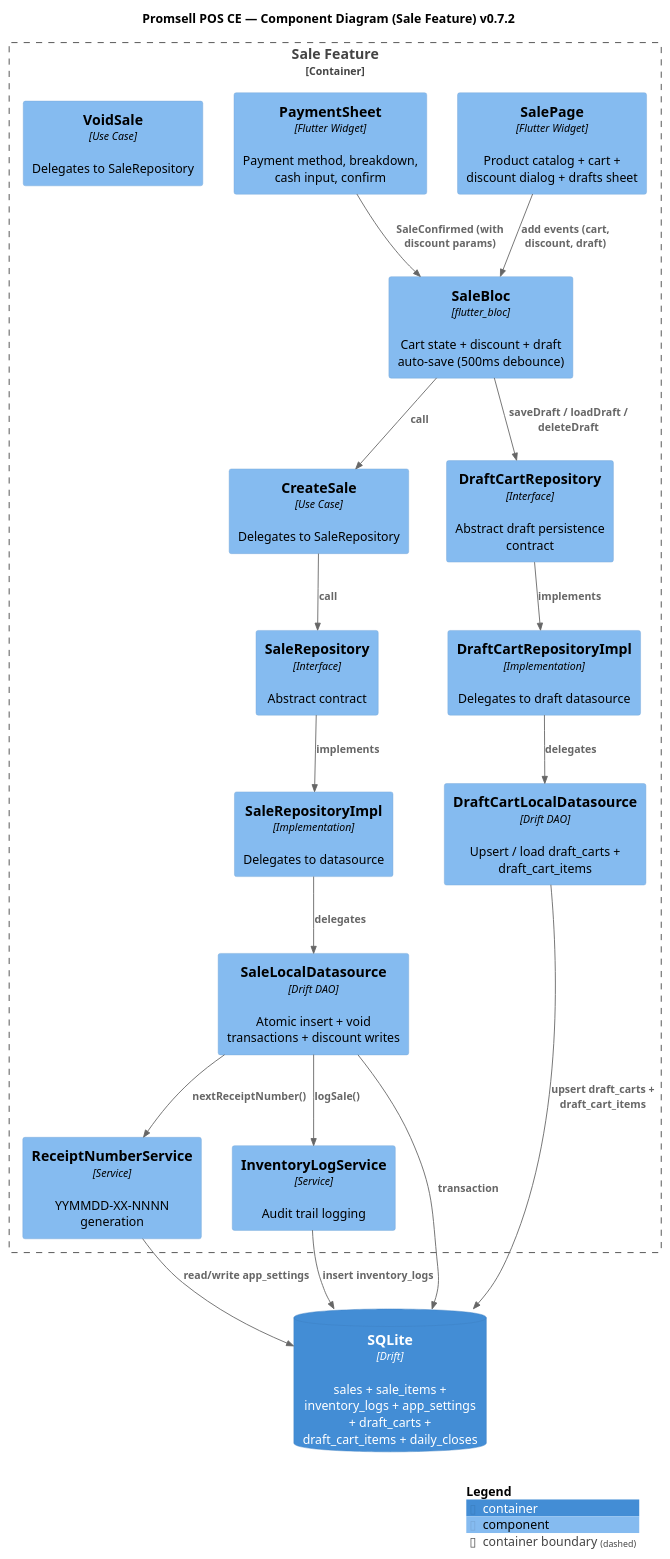
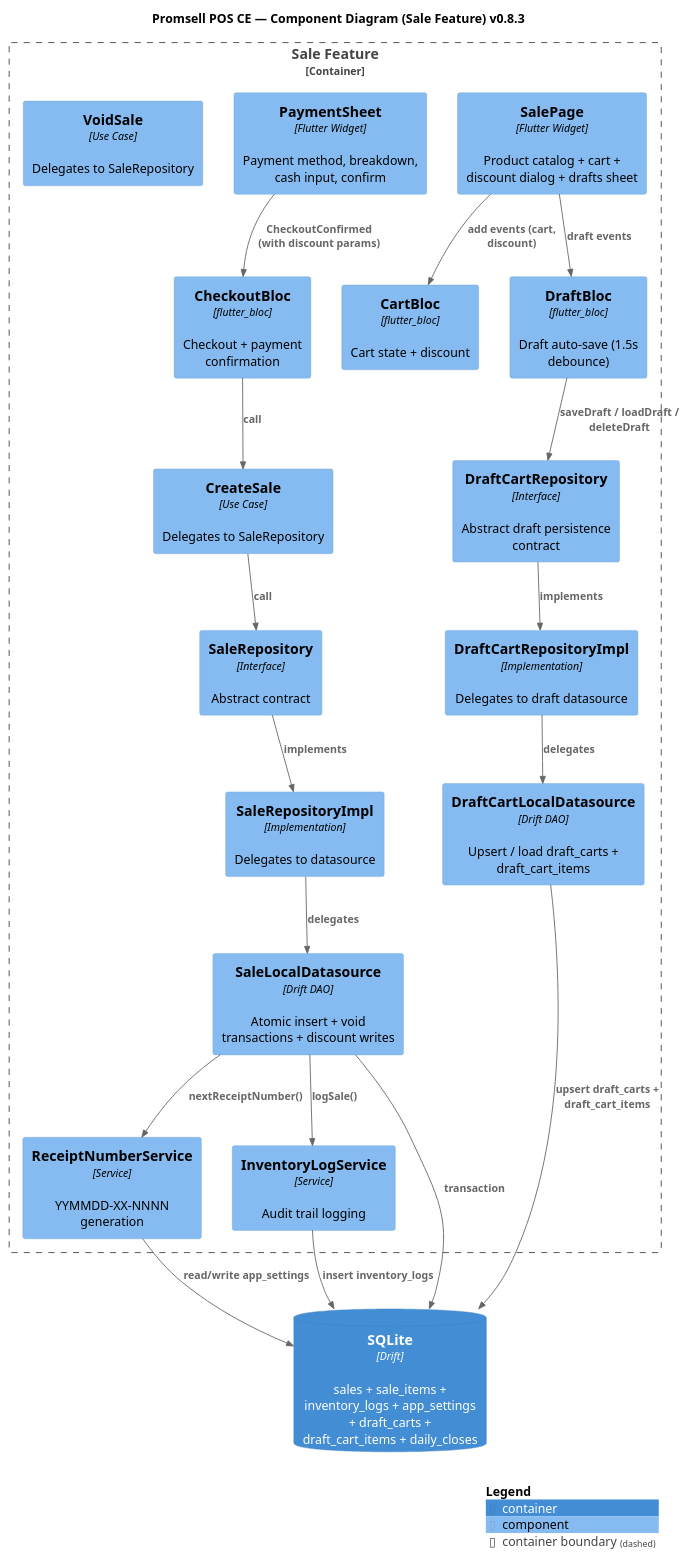
The diagram in docs/architecture/c4-component.puml (MN-Lizard-Team/promsell-pos-ce), drawn with PlantUML before and after one commit. The commit also changed 78 other files, not shown here.

```diff
--- a/docs/architecture/c4-component.puml
+++ b/docs/architecture/c4-component.puml
@@ -1,41 +1,44 @@
 @startuml C4_Component
 !include https://raw.githubusercontent.com/plantuml-stdlib/C4-PlantUML/master/C4_Component.puml
 
-title Promsell POS CE — Component Diagram (Sale Feature) v0.7.2
+title Promsell POS CE — Component Diagram (Sale Feature) v0.8.3
 
 Container_Boundary(sale_feature, "Sale Feature") {
     Component(sale_page, "SalePage", "Flutter Widget", "Product catalog + cart + discount dialog + drafts sheet")
     Component(payment_sheet, "PaymentSheet", "Flutter Widget", "Payment method, breakdown, cash input, confirm")
-    Component(sale_bloc, "SaleBloc", "flutter_bloc", "Cart state + discount + draft auto-save (500ms debounce)")
+    Component(cart_bloc, "CartBloc", "flutter_bloc", "Cart state + discount")
+    Component(draft_bloc, "DraftBloc", "flutter_bloc", "Draft auto-save (1.5s debounce)")
+    Component(checkout_bloc, "CheckoutBloc", "flutter_bloc", "Checkout + payment confirmation")
     Component(create_sale_uc, "CreateSale", "Use Case", "Delegates to SaleRepository")
     Component(void_sale_uc, "VoidSale", "Use Case", "Delegates to SaleRepository")
     Component(sale_repo, "SaleRepository", "Interface", "Abstract contract")
     Component(sale_repo_impl, "SaleRepositoryImpl", "Implementation", "Delegates to datasource")
     Component(sale_ds, "SaleLocalDatasource", "Drift DAO", "Atomic insert + void transactions + discount writes")
     Component(receipt_svc, "ReceiptNumberService", "Service", "YYMMDD-XX-NNNN generation")
     Component(inv_log_svc, "InventoryLogService", "Service", "Audit trail logging")
     Component(draft_repo, "DraftCartRepository", "Interface", "Abstract draft persistence contract")
     Component(draft_repo_impl, "DraftCartRepositoryImpl", "Implementation", "Delegates to draft datasource")
     Component(draft_ds, "DraftCartLocalDatasource", "Drift DAO", "Upsert / load draft_carts + draft_cart_items")
 }
 
 ContainerDb(db, "SQLite", "Drift", "sales + sale_items + inventory_logs + app_settings + draft_carts + draft_cart_items + daily_closes")
 
-Rel(sale_page, sale_bloc, "add events (cart, discount, draft)")
-Rel(payment_sheet, sale_bloc, "SaleConfirmed (with discount params)")
-Rel(sale_bloc, create_sale_uc, "call")
-Rel(sale_bloc, draft_repo, "saveDraft / loadDraft / deleteDraft")
+Rel(sale_page, cart_bloc, "add events (cart, discount)")
+Rel(sale_page, draft_bloc, "draft events")
+Rel(payment_sheet, checkout_bloc, "CheckoutConfirmed (with discount params)")
+Rel(checkout_bloc, create_sale_uc, "call")
+Rel(draft_bloc, draft_repo, "saveDraft / loadDraft / deleteDraft")
 Rel(create_sale_uc, sale_repo, "call")
 Rel(sale_repo, sale_repo_impl, "implements")
 Rel(sale_repo_impl, sale_ds, "delegates")
 Rel(draft_repo, draft_repo_impl, "implements")
 Rel(draft_repo_impl, draft_ds, "delegates")
 Rel(sale_ds, receipt_svc, "nextReceiptNumber()")
 Rel(sale_ds, inv_log_svc, "logSale()")
 Rel(sale_ds, db, "transaction")
 Rel(receipt_svc, db, "read/write app_settings")
 Rel(inv_log_svc, db, "insert inventory_logs")
 Rel(draft_ds, db, "upsert draft_carts + draft_cart_items")
 
 SHOW_LEGEND()
 @enduml
```
